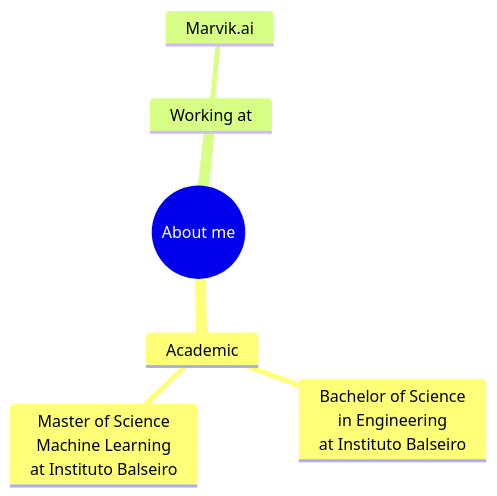
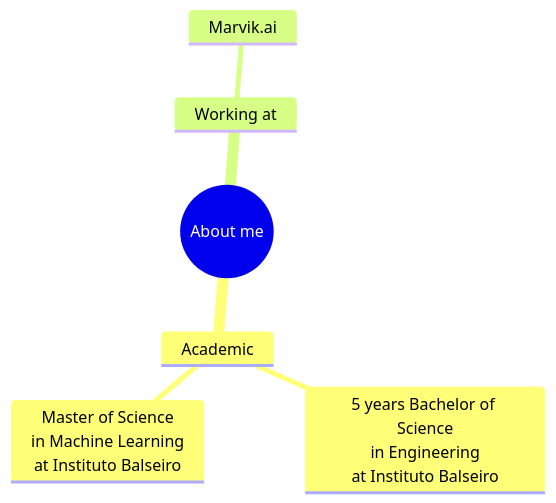
Before and after one commit to klostermati/klostermati: the diagram in README.md, drawn with Mermaid.

````diff
--- a/README.md
+++ b/README.md
@@ -5,9 +5,9 @@
 ``` mermaid
 mindmap
   root((About me))
     Academic
-      Bachelor of Science<br>in Engineering<br>at Instituto Balseiro
-      Master of Science<br>Machine Learning<br>at Instituto Balseiro
+      5 years Bachelor of Science<br>in Engineering<br>at Instituto Balseiro
+      Master of Science<br>in Machine Learning<br>at Instituto Balseiro
     Working at
       Marvik.ai
 ```
````
